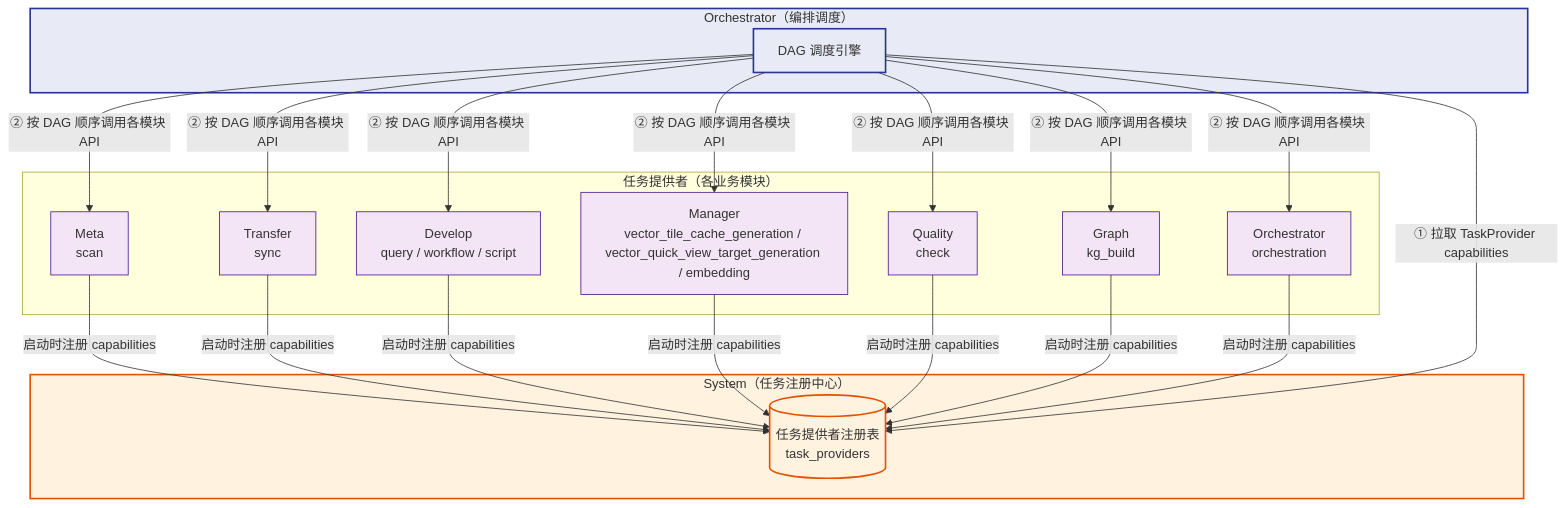
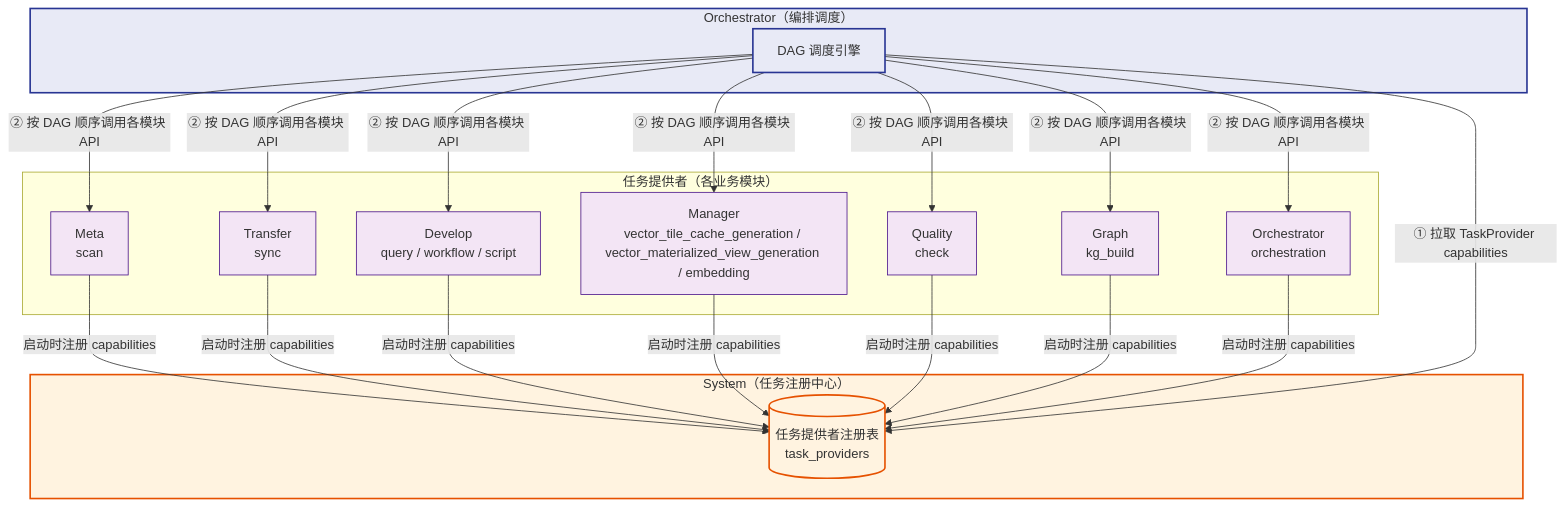
One commit to pampa0629/addp changed diagram 11 of 12 in docs/concepts/addp模块架构图.md. Above: the diagram before and after it, drawn with Mermaid. The commit also changed other lines of this file and 188 other files, not shown here.

````diff
--- a/docs/concepts/addp模块架构图.md
+++ b/docs/concepts/addp模块架构图.md
@@ -728,44 +728,44 @@
 ```mermaid
 graph TB
     subgraph System["System（任务注册中心）"]
         TaskRegistry[(任务提供者注册表<br/>task_providers)]
     end
 
     subgraph Providers["任务提供者（各业务模块）"]
         MetaT["Meta<br/>scan"]
         TransferT["Transfer<br/>sync"]
         DevelopT["Develop<br/>query / workflow / script"]
-        ManagerT["Manager<br/>vector_tile_cache_generation / vector_quick_view_target_generation / embedding"]
+        ManagerT["Manager<br/>vector_tile_cache_generation / vector_materialized_view_generation / embedding"]
         QualityT["Quality<br/>check"]
         GraphT["Graph<br/>kg_build"]
         OrchestratorT["Orchestrator<br/>orchestration"]
 
         MetaT   -->|"启动时注册 capabilities"| TaskRegistry
         TransferT -->|"启动时注册 capabilities"| TaskRegistry
         DevelopT -->|"启动时注册 capabilities"| TaskRegistry
         ManagerT -->|"启动时注册 capabilities"| TaskRegistry
         QualityT -->|"启动时注册 capabilities"| TaskRegistry
         GraphT -->|"启动时注册 capabilities"| TaskRegistry
         OrchestratorT -->|"启动时注册 capabilities"| TaskRegistry
     end
 
     subgraph Orchestrator["Orchestrator（编排调度）"]
         DAGEngine["DAG 调度引擎"]
         DAGEngine -->|"① 拉取 TaskProvider capabilities"| TaskRegistry
         DAGEngine -->|"② 按 DAG 顺序调用各模块 API"| MetaT
         DAGEngine -->|"② 按 DAG 顺序调用各模块 API"| TransferT
         DAGEngine -->|"② 按 DAG 顺序调用各模块 API"| DevelopT
         DAGEngine -->|"② 按 DAG 顺序调用各模块 API"| ManagerT
         DAGEngine -->|"② 按 DAG 顺序调用各模块 API"| QualityT
         DAGEngine -->|"② 按 DAG 顺序调用各模块 API"| GraphT
         DAGEngine -->|"② 按 DAG 顺序调用各模块 API"| OrchestratorT
     end
 
     classDef system fill:#fff3e0,stroke:#e65100,stroke-width:2px
     classDef provider fill:#f3e5f5,stroke:#4a148c
     classDef orch fill:#e8eaf6,stroke:#283593,stroke-width:2px
 
     class System,TaskRegistry system
     class MetaT,TransferT,DevelopT,ManagerT,QualityT,GraphT,OrchestratorT provider
     class Orchestrator,DAGEngine orch
 ```
````
